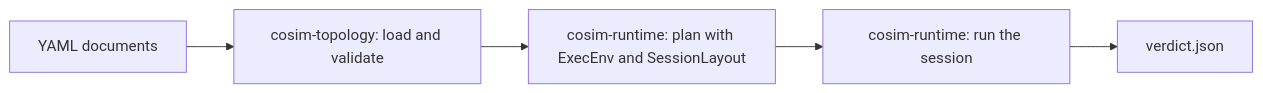
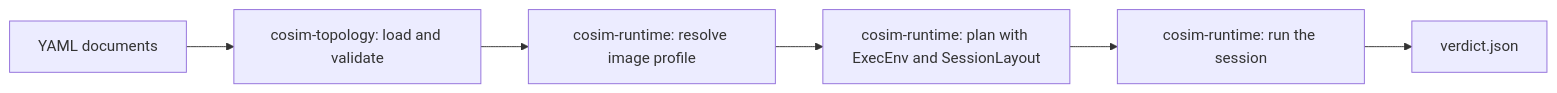
Before and after one commit to chengchen512/cosim-gpu: the first of 3 diagrams in docs/en/topology.md, drawn with Mermaid. The commit also changed other lines of this file and 98 other files, not shown here.

````diff
--- a/docs/en/topology.md
+++ b/docs/en/topology.md
@@ -14,7 +14,8 @@
 ```mermaid
 flowchart LR
     Y[YAML documents] --> T[cosim-topology: load and validate]
-    T --> P[cosim-runtime: plan with ExecEnv and SessionLayout]
+    T --> I[cosim-runtime: resolve image profile]
+    I --> P[cosim-runtime: plan with ExecEnv and SessionLayout]
     P --> R[cosim-runtime: run the session]
     R --> V[verdict.json]
 ```
````
